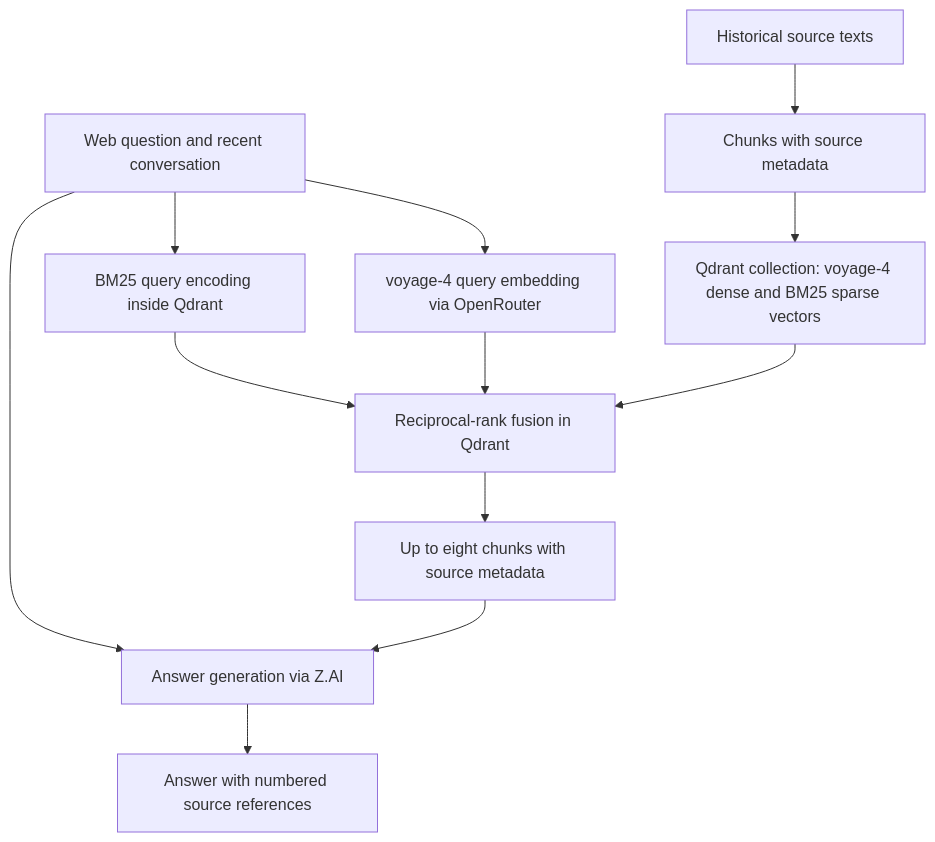
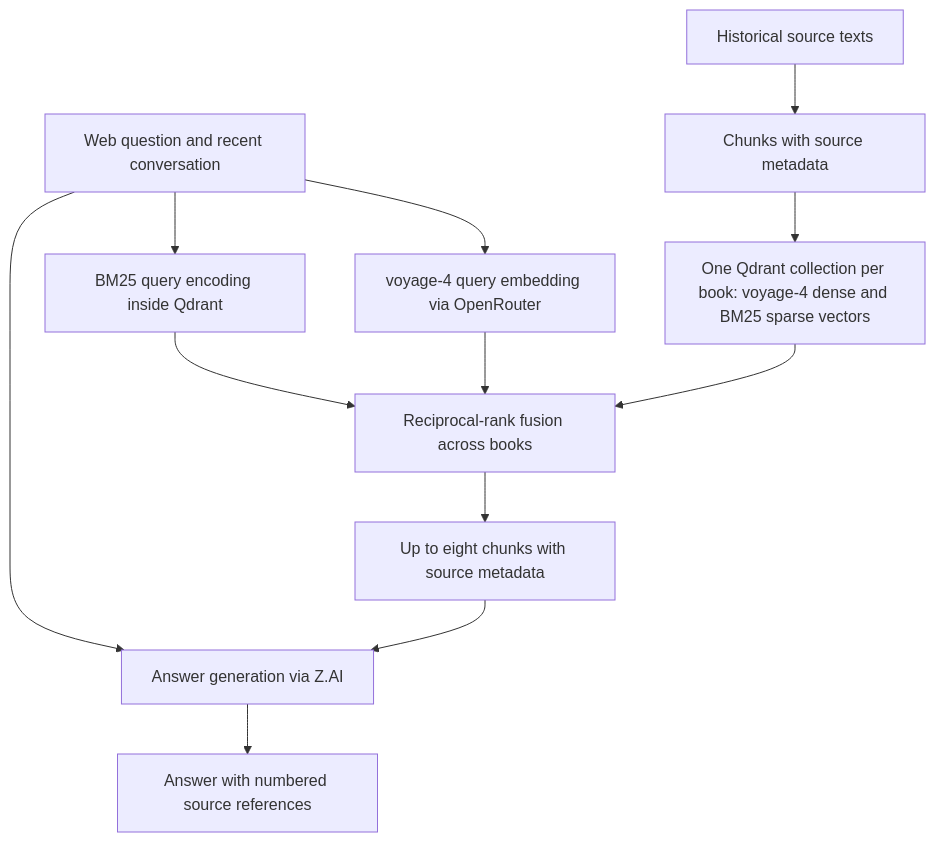
Before and after one commit to rasagyavatsal/HomeoRemedica: the diagram in README.md, drawn with Mermaid. The commit also changed other lines of this file and 11 other files, not shown here.

First line of the commit message:
feat!: search the per-book Qdrant collections

````diff
--- a/README.md
+++ b/README.md
@@ -32,14 +32,14 @@
 ```mermaid
 flowchart TD
     A[Historical source texts] --> C[Chunks with source metadata]
-    C --> E[Qdrant collection: voyage-4 dense and BM25 sparse vectors]
+    C --> E[One Qdrant collection per book: voyage-4 dense and BM25 sparse vectors]
     Q[Web question and recent conversation] --> K[BM25 query encoding inside Qdrant]
     Q --> V[voyage-4 query embedding via OpenRouter]
-    K --> R[Reciprocal-rank fusion in Qdrant]
+    K --> R[Reciprocal-rank fusion across books]
     V --> R
     E --> R
     R --> P[Up to eight chunks with source metadata]
     Q --> G[Answer generation via Z.AI]
     P --> G
     G --> O[Answer with numbered source references]
 ```
````
